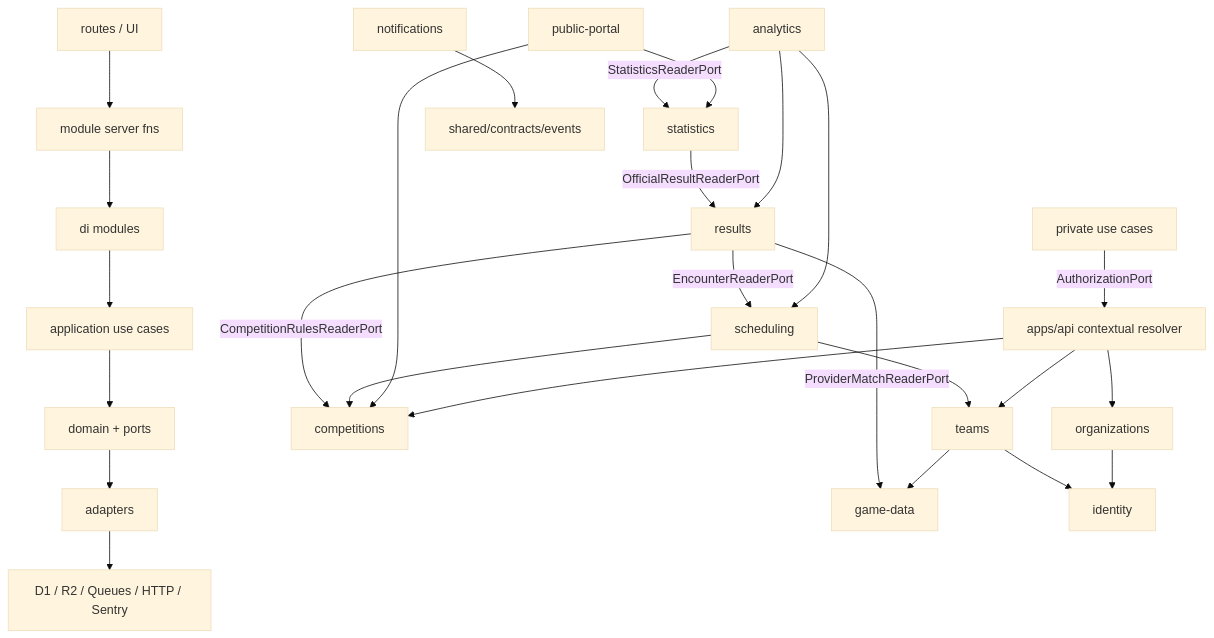
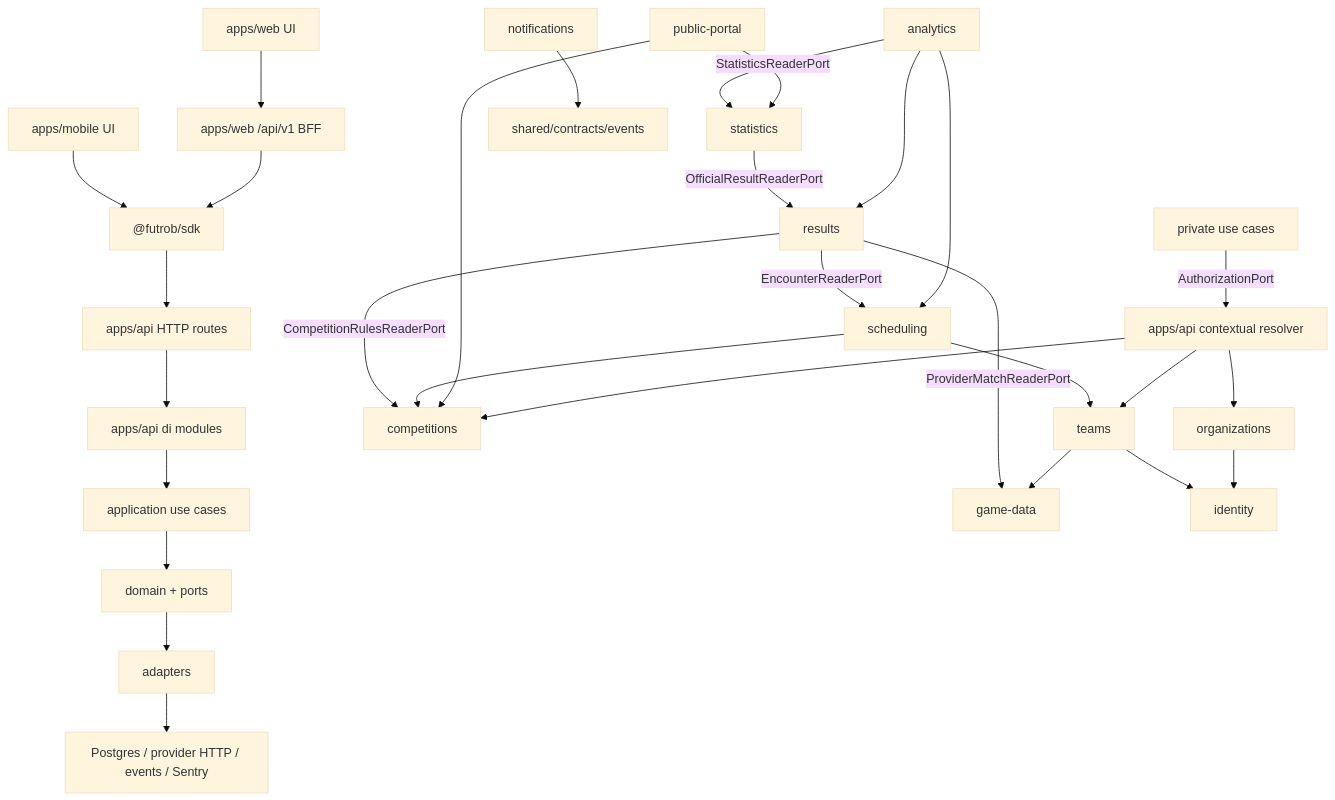
One commit to thedavos/futrob changed the first of 3 diagrams in docs/architecture/dependency-graph.md. Above: the diagram before and after it, drawn with Mermaid (base theme). The commit also changed 9 other files, not shown here.

Commit message:
docs(architecture): Align READMEs and ADRs with mobile MVP

````diff
--- a/docs/architecture/dependency-graph.md
+++ b/docs/architecture/dependency-graph.md
@@ -8,29 +8,32 @@
 ```mermaid
 flowchart TD
-  Routes["routes / UI"] --> Server["module server fns"]
-  Server --> DI["di modules"]
+  WebUI["apps/web UI"] --> BFF["apps/web /api/v1 BFF"]
+  MobileUI["apps/mobile UI"] --> SDK["@futrob/sdk"]
+  BFF --> SDK
+  SDK --> ApiRoutes["apps/api HTTP routes"]
+  ApiRoutes --> DI["apps/api di modules"]
   DI --> AppLayer["application use cases"]
   AppLayer --> Domain["domain + ports"]
   Domain --> Adapters["adapters"]
-  Adapters --> CF["D1 / R2 / Queues / HTTP / Sentry"]
+  Adapters --> Infra["Postgres / provider HTTP / events / Sentry"]
 
   Results["results"] -->|"ProviderMatchReaderPort"| GameData["game-data"]
   Results -->|"EncounterReaderPort"| Scheduling["scheduling"]
   Results -->|"CompetitionRulesReaderPort"| Competitions["competitions"]
   Statistics["statistics"] -->|"OfficialResultReaderPort"| Results
   Analytics["analytics"] -->|"StatisticsReaderPort"| Statistics
   Analytics --> Scheduling
   Analytics --> Results
   Teams["teams"] --> GameData
   Teams --> Identity["identity"]
   Scheduling --> Competitions
   Scheduling --> Teams
   Notifications["notifications"] --> SharedEvents["shared/contracts/events"]
   PublicPortal["public-portal"] --> Statistics
   PublicPortal --> Competitions
   Organizations["organizations"] --> Identity
   PrivateUseCases["private use cases"] -->|"AuthorizationPort"| AuthResolver["apps/api contextual resolver"]
   AuthResolver --> Organizations
   AuthResolver --> Competitions
   AuthResolver --> Teams
 ```
````
